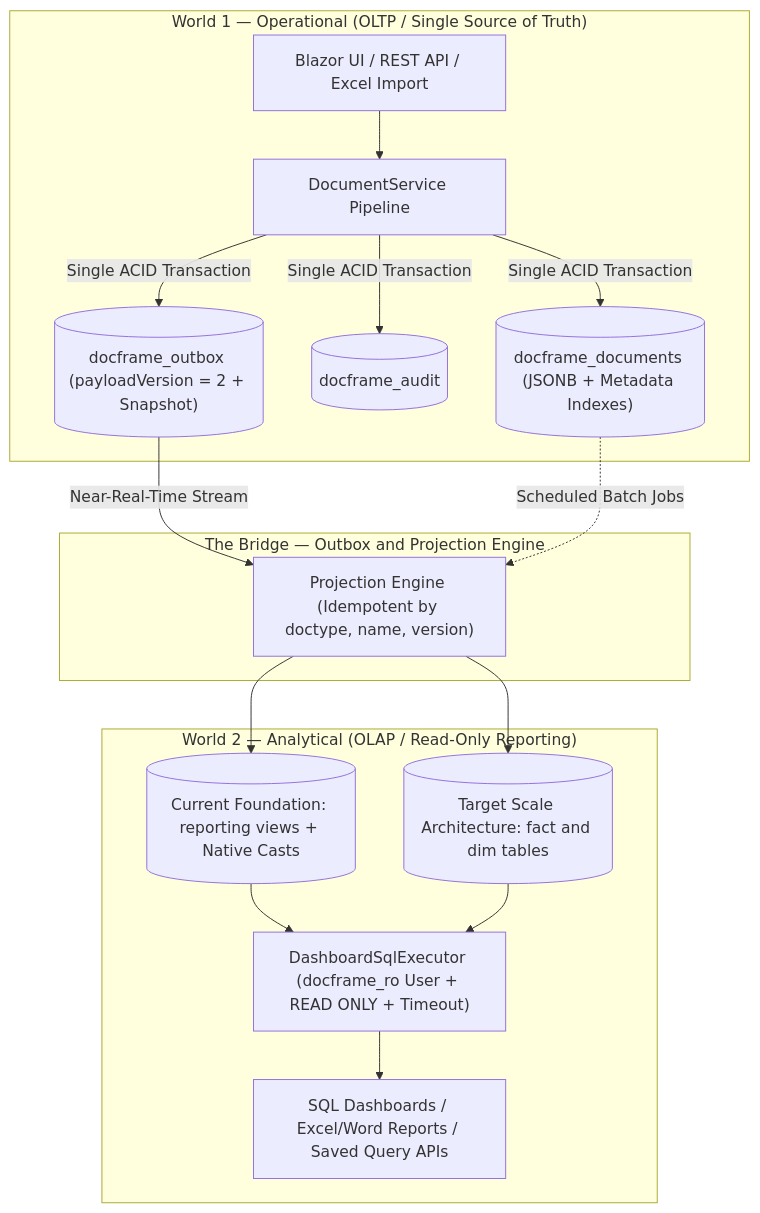
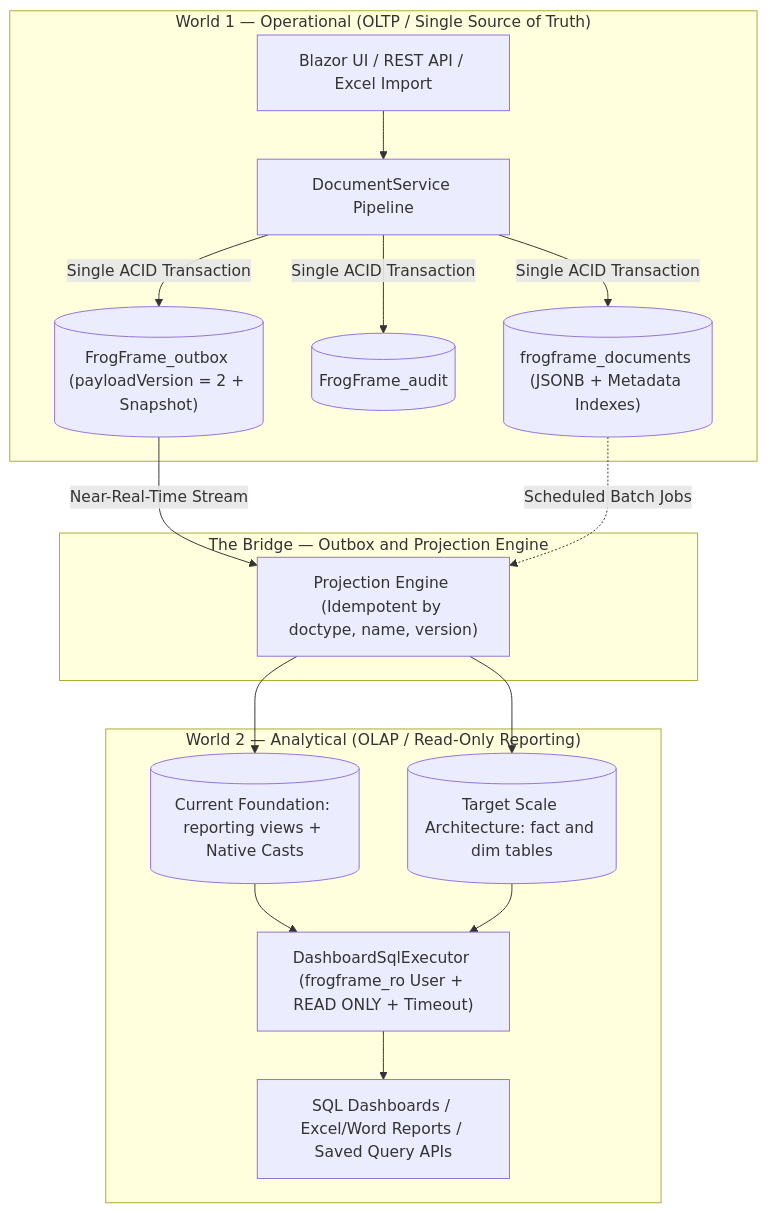
The first of 2 diagrams in docs/PROJECT_STRUCTURE.md (frogframework-admin/frogframe), drawn with Mermaid before and after one commit. The commit also changed other lines of this file and 146 other files, not shown here.

Commit message:
refactor: rename DocFrame to FrogFrame across solution, persistence, UI, and docs

````diff
--- a/docs/PROJECT_STRUCTURE.md
+++ b/docs/PROJECT_STRUCTURE.md
@@ -85,22 +85,22 @@
 ```mermaid
 flowchart TB
     subgraph W1["World 1 — Operational (OLTP / Single Source of Truth)"]
         UI["Blazor UI / REST API / Excel Import"] --> DS["DocumentService Pipeline"]
-        DS -->|"Single ACID Transaction"| DOC[("docframe_documents (JSONB + Metadata Indexes)")]
-        DS -->|"Single ACID Transaction"| AUD[("docframe_audit")]
-        DS -->|"Single ACID Transaction"| OUT[("docframe_outbox (payloadVersion = 2 + Snapshot)")]
+        DS -->|"Single ACID Transaction"| DOC[("frogframe_documents (JSONB + Metadata Indexes)")]
+        DS -->|"Single ACID Transaction"| AUD[("FrogFrame_audit")]
+        DS -->|"Single ACID Transaction"| OUT[("FrogFrame_outbox (payloadVersion = 2 + Snapshot)")]
     end
 
     subgraph Bridge["The Bridge — Outbox and Projection Engine"]
         OUT -->|"Near-Real-Time Stream"| PROJ["Projection Engine (Idempotent by doctype, name, version)"]
         DOC -.->|"Scheduled Batch Jobs"| PROJ
     end
 
     subgraph W2["World 2 — Analytical (OLAP / Read-Only Reporting)"]
         PROJ --> VIEWS[("Current Foundation: reporting views + Native Casts")]
         PROJ --> STAR[("Target Scale Architecture: fact and dim tables")]
-        VIEWS --> EXEC["DashboardSqlExecutor (docframe_ro User + READ ONLY + Timeout)"]
+        VIEWS --> EXEC["DashboardSqlExecutor (frogframe_ro User + READ ONLY + Timeout)"]
         STAR --> EXEC
         EXEC --> CONSUMERS["SQL Dashboards / Excel/Word Reports / Saved Query APIs"]
     end
 ```
````
